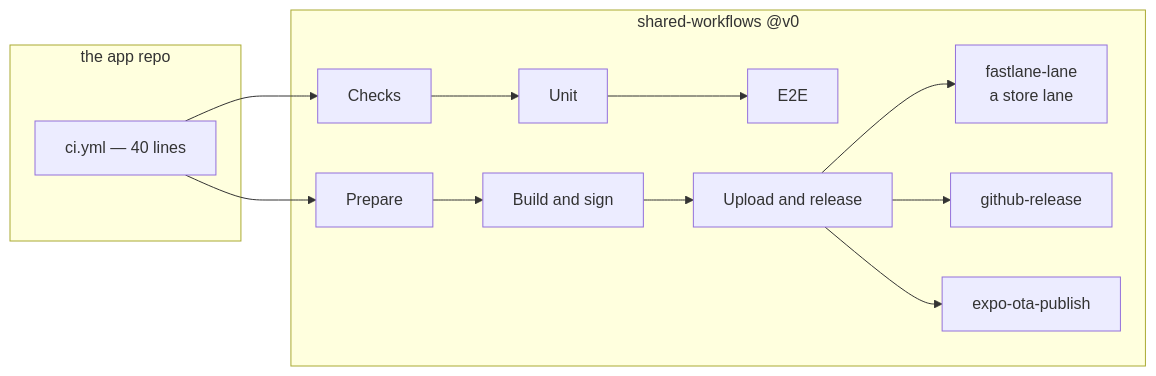
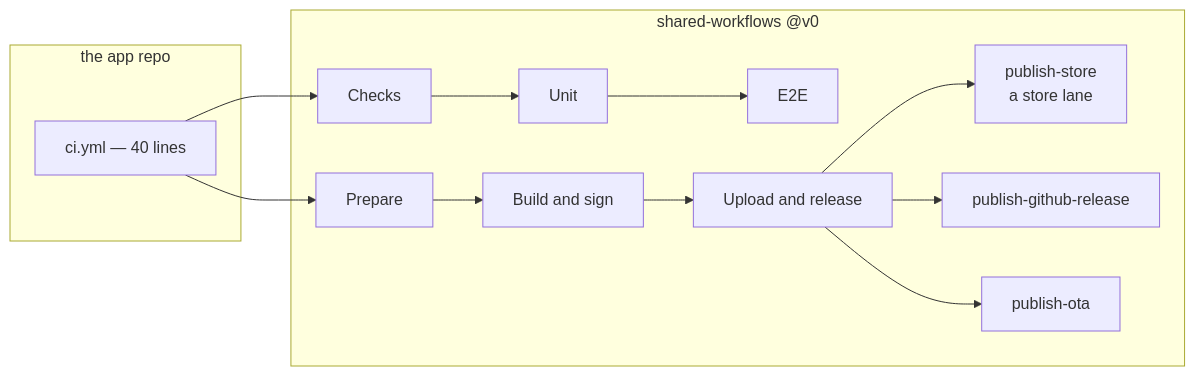
Before and after one commit to blinkbitcoin/shared-workflows: the diagram in README.md, drawn with Mermaid. The commit also changed other lines of this file and 77 other files, not shown here.

````diff
--- a/README.md
+++ b/README.md
@@ -37,15 +37,15 @@
 ```mermaid
 flowchart LR
   subgraph consumer [the app repo]
     caller["ci.yml — 40 lines"]
   end
   subgraph here [shared-workflows @v0]
     checks[Checks] --> unit[Unit] --> e2e[E2E]
     prepare[Prepare] --> build[Build and sign] --> ship[Upload and release]
-    ship --> lane["fastlane-lane<br/>a store lane"]
-    ship --> rel["github-release"]
-    ship --> ota["expo-ota-publish"]
+    ship --> lane["publish-store<br/>a store lane"]
+    ship --> rel["publish-github-release"]
+    ship --> ota["publish-ota"]
   end
   caller --> checks
   caller --> prepare
 ```
````
